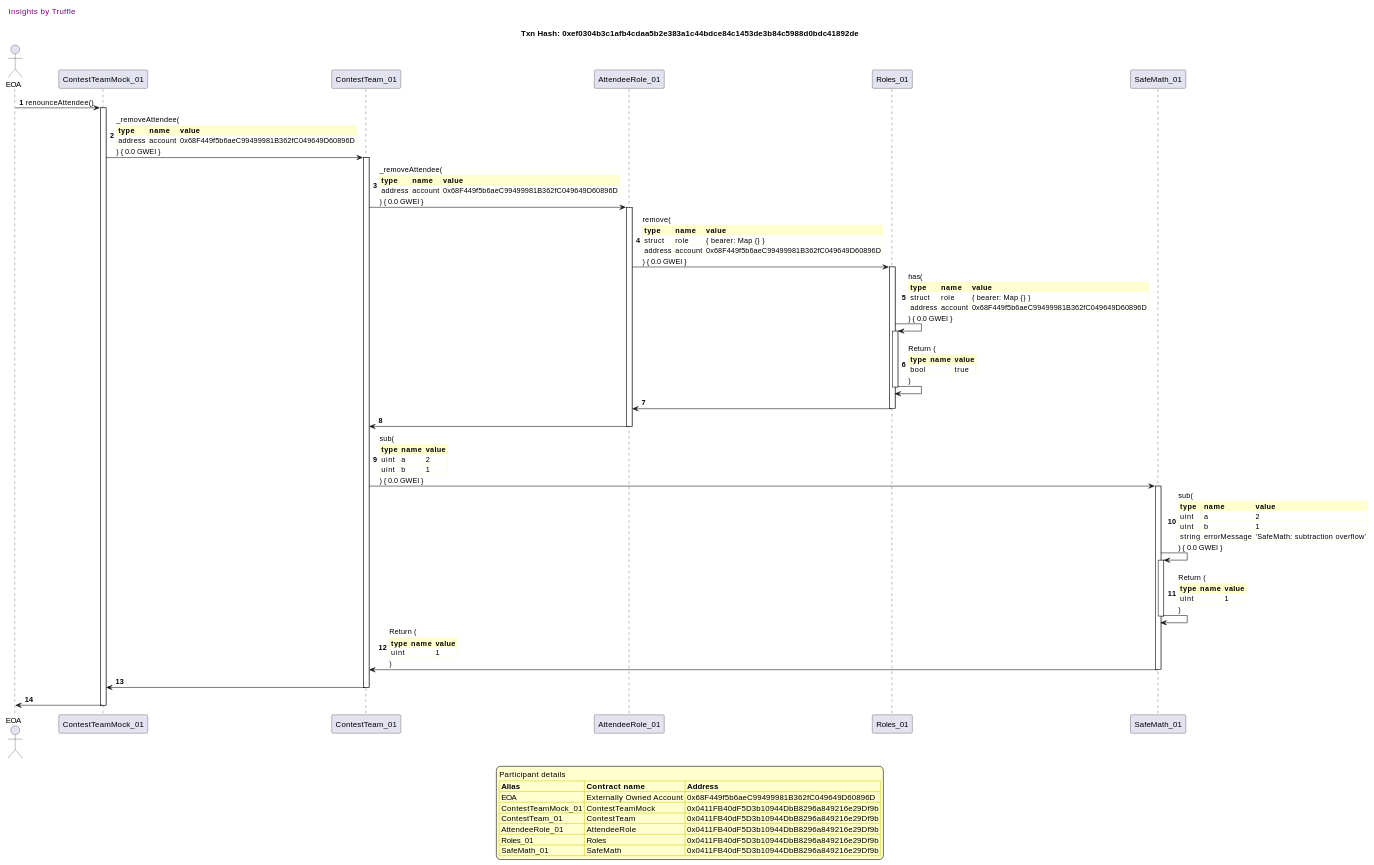
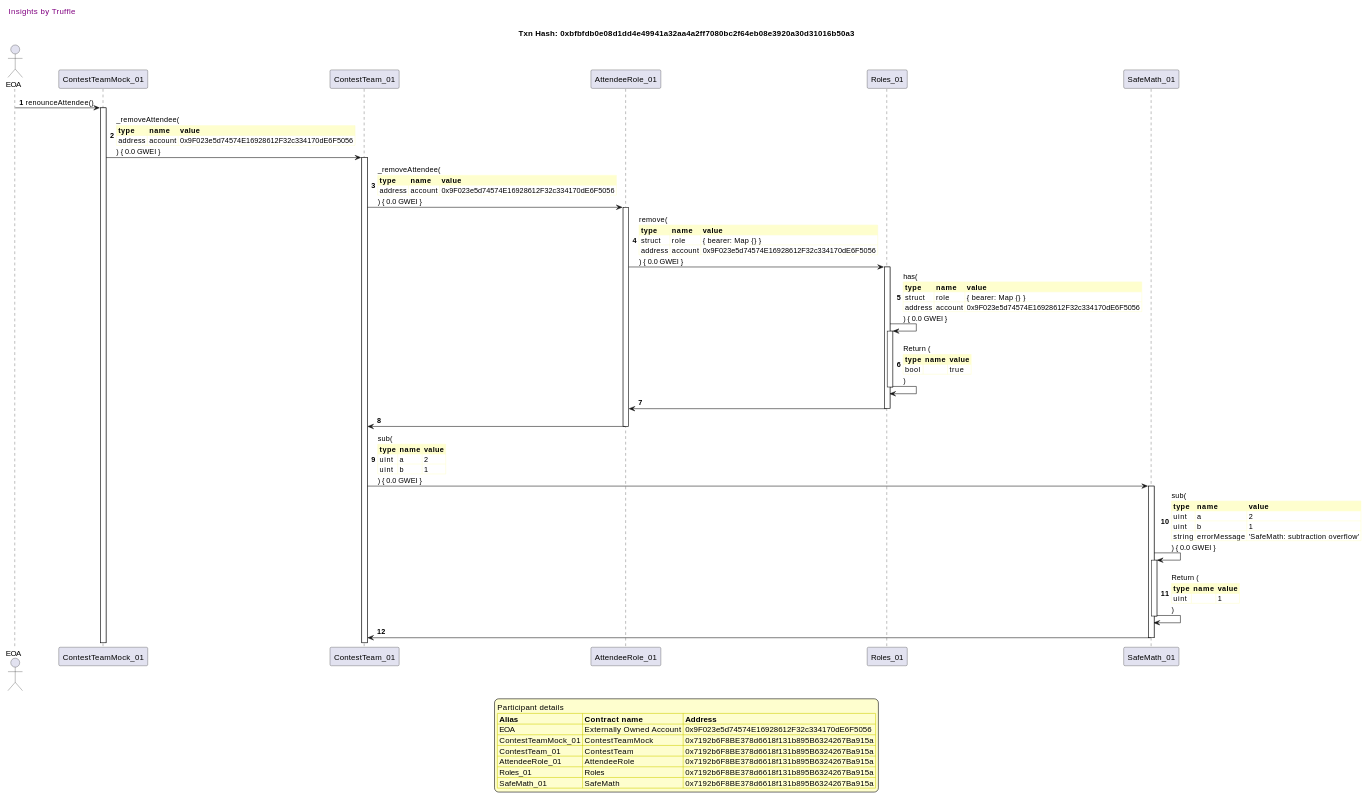
Before and after one commit to fodisi/hackapay: the fifth of 50 diagrams in truffle-seq/core_contestteam.md, drawn with PlantUML. The commit also changed other lines of this file and 10 other files, not shown here.

```diff
--- a/truffle-seq/core_contestteam.md
+++ b/truffle-seq/core_contestteam.md
@@ -414,7 +414,7 @@
 
 header Insights by Truffle
 
-title Txn Hash: 0xef0304b3c1afb4cdaa5b2e383a1c44bdce84c1453de3b84c5988d0bdc41892de
+title Txn Hash: 0xbfbfdb0e08d1dd4e49941a32aa4a2ff7080bc2f64eb08e3920a30d31016b50a3
 
 
 actor EOA as "EOA"
@@ -427,21 +427,21 @@
 "EOA" -> "ContestTeamMock_01" ++: renounceAttendee()
 "ContestTeamMock_01" -> "ContestTeam_01" ++: _removeAttendee(\n\
 <#FEFECE,#FEFECE>|= type |= name |= value |\n\
-| address | account | 0x68F449f5b6aeC99499981B362fC049649D60896D |\n\
+| address | account | 0x9F023e5d74574E16928612F32c334170dE6F5056 |\n\
 ) { 0.0 GWEI }
 "ContestTeam_01" -> "AttendeeRole_01" ++: _removeAttendee(\n\
 <#FEFECE,#FEFECE>|= type |= name |= value |\n\
-| address | account | 0x68F449f5b6aeC99499981B362fC049649D60896D |\n\
+| address | account | 0x9F023e5d74574E16928612F32c334170dE6F5056 |\n\
 ) { 0.0 GWEI }
 "AttendeeRole_01" -> "Roles_01" ++: remove(\n\
 <#FEFECE,#FEFECE>|= type |= name |= value |\n\
 | struct | role | { bearer: Map {} } |\n\
-| address | account | 0x68F449f5b6aeC99499981B362fC049649D60896D |\n\
+| address | account | 0x9F023e5d74574E16928612F32c334170dE6F5056 |\n\
 ) { 0.0 GWEI }
 "Roles_01" -> "Roles_01" ++: has(\n\
 <#FEFECE,#FEFECE>|= type |= name |= value |\n\
 | struct | role | { bearer: Map {} } |\n\
-| address | account | 0x68F449f5b6aeC99499981B362fC049649D60896D |\n\
+| address | account | 0x9F023e5d74574E16928612F32c334170dE6F5056 |\n\
 ) { 0.0 GWEI }
 "Roles_01" -> "Roles_01" --: Return (\n\
 <#FEFECE,#FEFECE>|= type |= name |= value |\n\
@@ -464,22 +464,17 @@
 <#FEFECE,#FEFECE>|= type |= name |= value |\n\
 | uint |  | 1 |\n\
 )
-"SafeMath_01" -> "ContestTeam_01" --: Return (\n\
-<#FEFECE,#FEFECE>|= type |= name |= value |\n\
-| uint |  | 1 |\n\
-)
-"ContestTeam_01" -> "ContestTeamMock_01" --: 
-"ContestTeamMock_01" -> "EOA" --: 
+"SafeMath_01" -> "ContestTeam_01" --: 
 
 legend
 Participant details
 <#FEFECE,#D0D000>|= Alias |= Contract name |= Address |
-<#FEFECE>| EOA | Externally Owned Account | 0x68F449f5b6aeC99499981B362fC049649D60896D |
-<#FEFECE>| ContestTeamMock_01 | ContestTeamMock | 0x0411FB40dF5D3b10944DbB8296a849216e29Df9b |
-<#FEFECE>| ContestTeam_01 | ContestTeam | 0x0411FB40dF5D3b10944DbB8296a849216e29Df9b |
-<#FEFECE>| AttendeeRole_01 | AttendeeRole | 0x0411FB40dF5D3b10944DbB8296a849216e29Df9b |
-<#FEFECE>| Roles_01 | Roles | 0x0411FB40dF5D3b10944DbB8296a849216e29Df9b |
-<#FEFECE>| SafeMath_01 | SafeMath | 0x0411FB40dF5D3b10944DbB8296a849216e29Df9b |
+<#FEFECE>| EOA | Externally Owned Account | 0x9F023e5d74574E16928612F32c334170dE6F5056 |
+<#FEFECE>| ContestTeamMock_01 | ContestTeamMock | 0x7192b6F8BE378d6618f131b895B6324267Ba915a |
+<#FEFECE>| ContestTeam_01 | ContestTeam | 0x7192b6F8BE378d6618f131b895B6324267Ba915a |
+<#FEFECE>| AttendeeRole_01 | AttendeeRole | 0x7192b6F8BE378d6618f131b895B6324267Ba915a |
+<#FEFECE>| Roles_01 | Roles | 0x7192b6F8BE378d6618f131b895B6324267Ba915a |
+<#FEFECE>| SafeMath_01 | SafeMath | 0x7192b6F8BE378d6618f131b895B6324267Ba915a |
 endlegend
 
 @enduml
```
